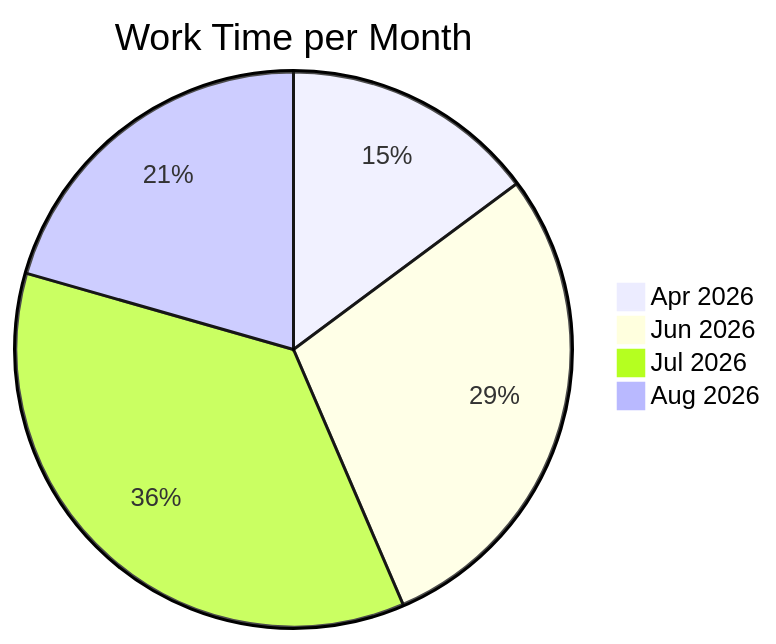
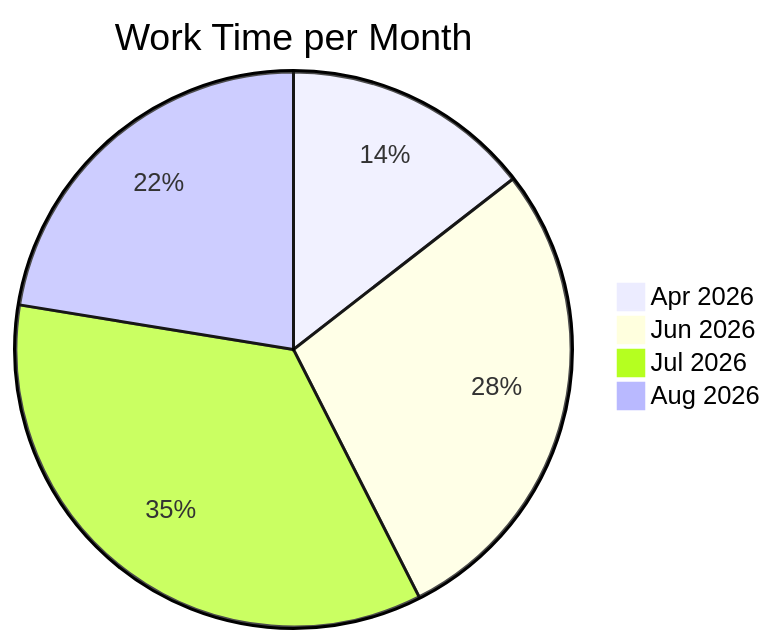
The diagram in README.md (notWetro/time-tracker), drawn with Mermaid before and after one commit. The commit also changed other lines of this file and 1 other file, not shown here.

Commit message:
updated worktime

````diff
--- a/README.md
+++ b/README.md
@@ -12,8 +12,8 @@
 ```mermaid
 pie
     title Work Time per Month
     "Apr 2026" : 3.1
     "Jun 2026" : 6.0
     "Jul 2026" : 7.5
-    "Aug 2026" : 4.3
+    "Aug 2026" : 4.8
 ```
````
